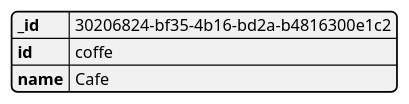
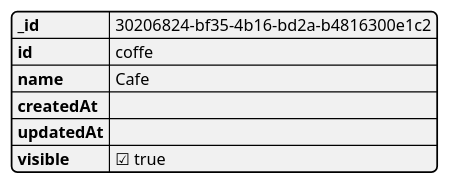
One commit to icc-dev/vc-project-architecture changed the diagram in plantuml/jsons/category.puml. Above: the diagram before and after it, drawn with PlantUML.

```diff
--- a/plantuml/jsons/category.puml
+++ b/plantuml/jsons/category.puml
@@ -1,7 +1,10 @@
 @startjson
 {
 "_id": "30206824-bf35-4b16-bd2a-b4816300e1c2",
 "id": "coffe",
-"name": "Cafe"
+"name": "Cafe",
+"createdAt": "",
+"updatedAt": "",
+"visible": true
 }
 @endjson
```
